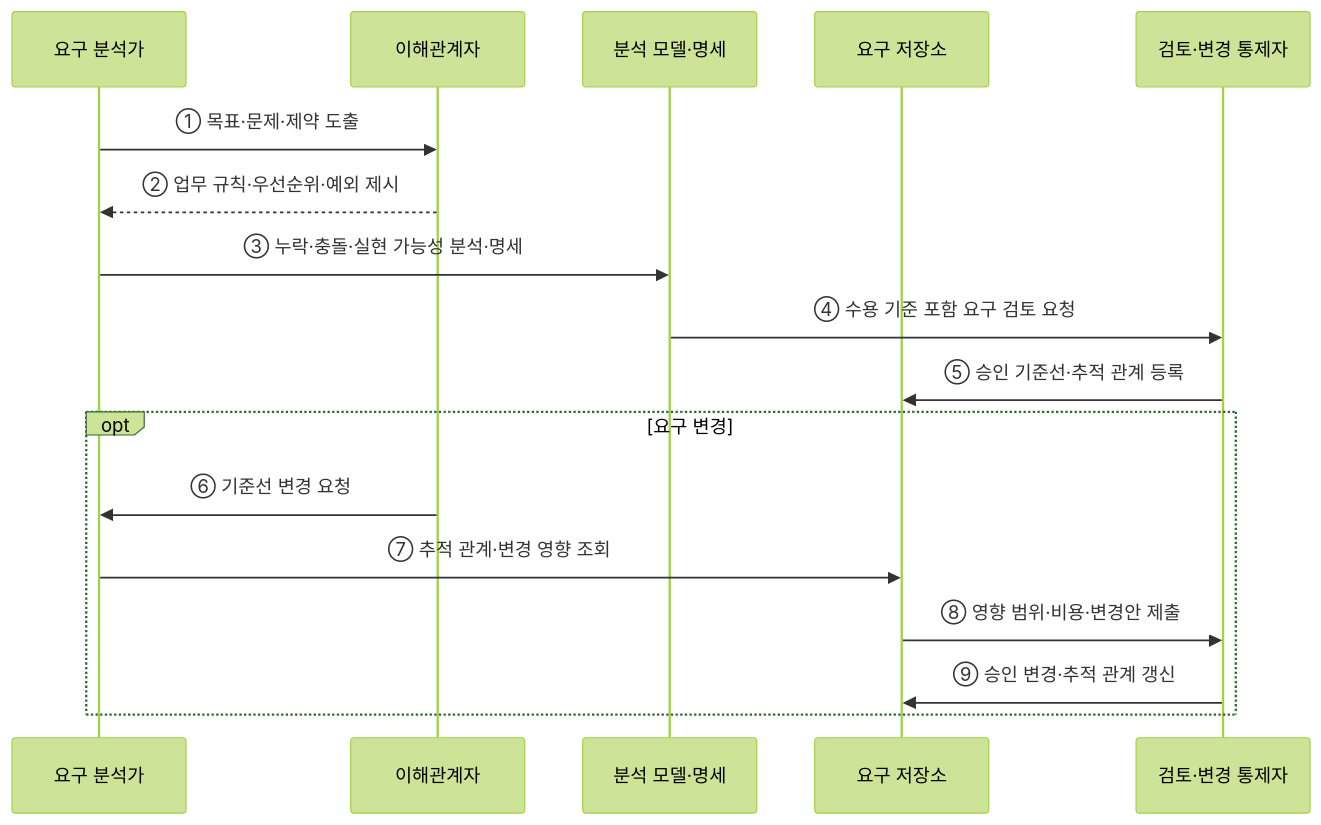
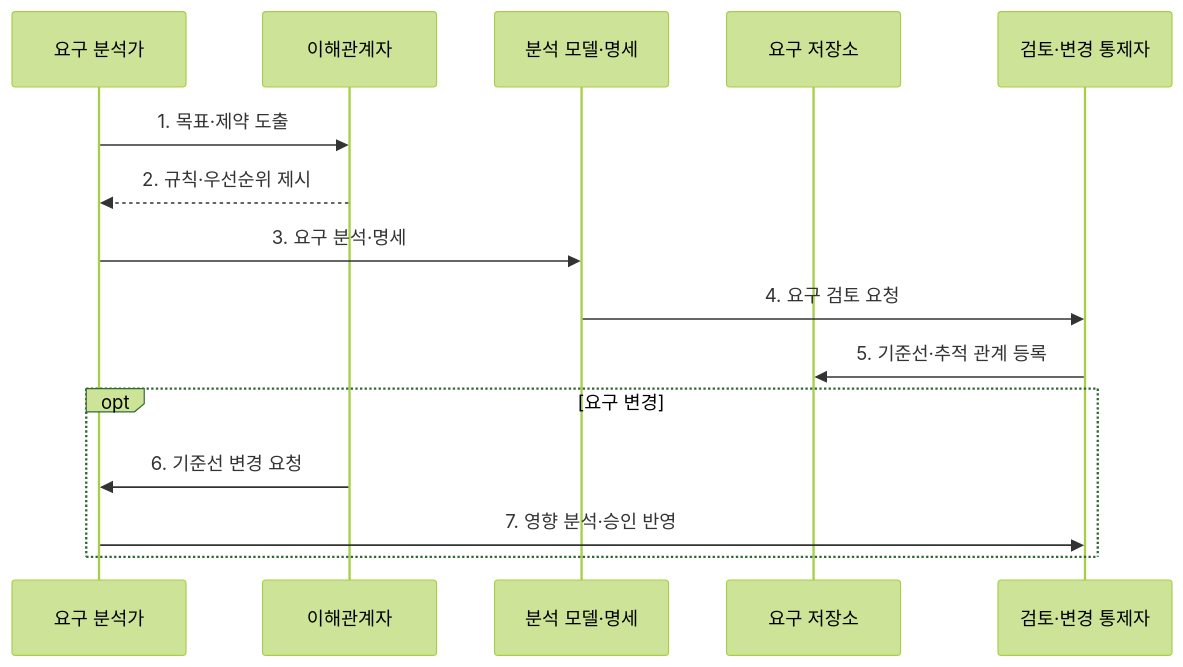
The second of 2 diagrams in src/content/docs/notes/03-software/036_requirements_analysis.md (agnusdei1207/knowledge-base), drawn with Mermaid (forest theme) before and after one commit. The commit also changed other lines of this file and 20 other files, not shown here.

````diff
--- a/src/content/docs/notes/03-software/036_requirements_analysis.md
+++ b/src/content/docs/notes/03-software/036_requirements_analysis.md
@@ -86,19 +85,17 @@
 ```mermaid
 sequenceDiagram
     participant A as 요구 분석가
     participant S as 이해관계자
     participant M as 분석 모델·명세
     participant R as 요구 저장소
     participant C as 검토·변경 통제자
-    A->>S: ① 목표·문제·제약 도출
-    S-->>A: ② 업무 규칙·우선순위·예외 제시
-    A->>M: ③ 누락·충돌·실현 가능성 분석·명세
-    M->>C: ④ 수용 기준 포함 요구 검토 요청
-    C->>R: ⑤ 승인 기준선·추적 관계 등록
+    A->>S: 1. 목표·제약 도출
+    S-->>A: 2. 규칙·우선순위 제시
+    A->>M: 3. 요구 분석·명세
+    M->>C: 4. 요구 검토 요청
+    C->>R: 5. 기준선·추적 관계 등록
     opt 요구 변경
-        S->>A: ⑥ 기준선 변경 요청
-        A->>R: ⑦ 추적 관계·변경 영향 조회
-        R->>C: ⑧ 영향 범위·비용·변경안 제출
-        C->>R: ⑨ 승인 변경·추적 관계 갱신
+        S->>A: 6. 기준선 변경 요청
+        A->>C: 7. 영향 분석·승인 반영
     end
 ```
````
